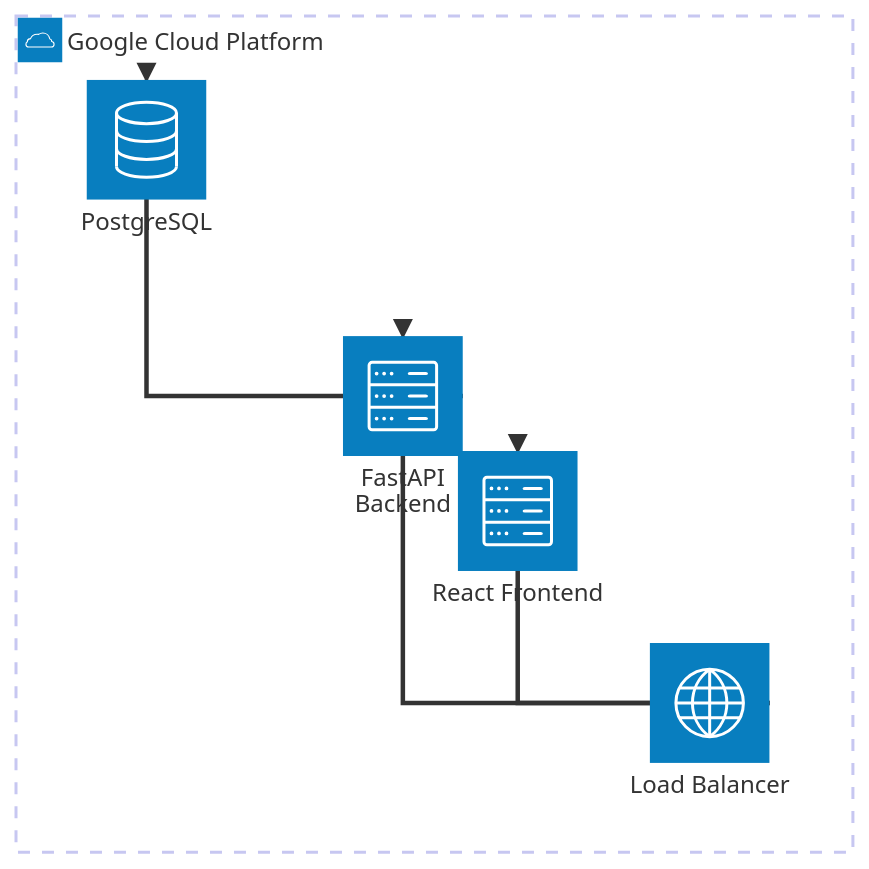
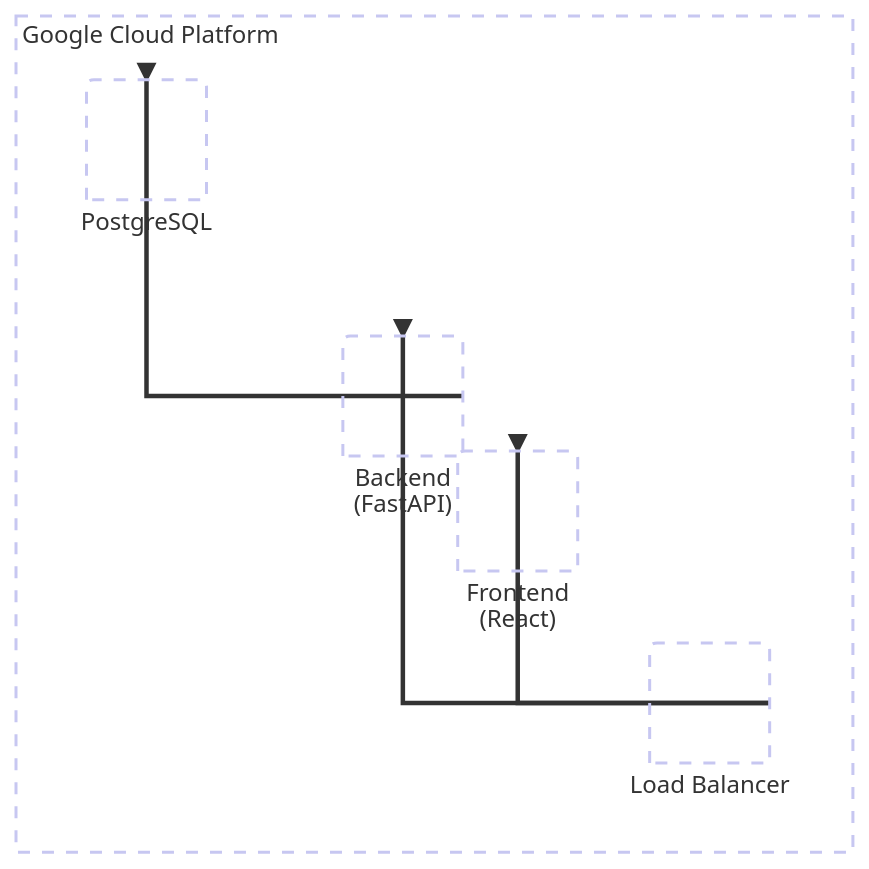
The ninth of 30 diagrams in docs/tooling/MERMAID-CHEATSHEET.md (ramanshrivastava/build-ai-agents), drawn with Mermaid before and after one commit. The commit also changed other lines of this file, not shown here.

First line of the commit message:
Update Mermaid cheatsheet: simplify renderer notes and add arrow examples

````diff
--- a/docs/tooling/MERMAID-CHEATSHEET.md
+++ b/docs/tooling/MERMAID-CHEATSHEET.md
@@ -240,13 +232,13 @@
 ```mermaid
 architecture-beta
-  group gcp(cloud)[Google Cloud Platform]
+  group gcp["Google Cloud Platform"]
 
-  service lb(internet)[Load Balancer] in gcp
-  service fe(server)[React Frontend] in gcp
-  service be(server)[FastAPI Backend] in gcp
-  service db(database)[PostgreSQL] in gcp
+  service lb["Load Balancer"] in gcp
+  service fe["Frontend (React)"] in gcp
+  service be["Backend (FastAPI)"] in gcp
+  service db["PostgreSQL"] in gcp
 
   lb:R --> T:fe
   lb:R --> T:be
   be:R --> T:db
 ```
````
